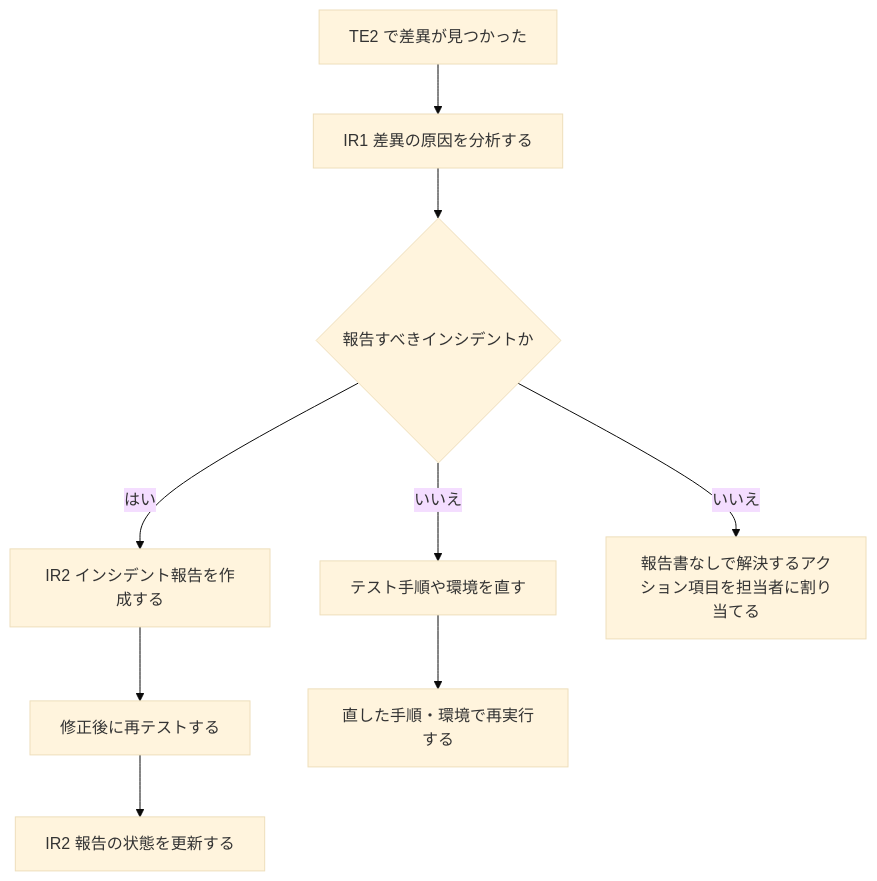
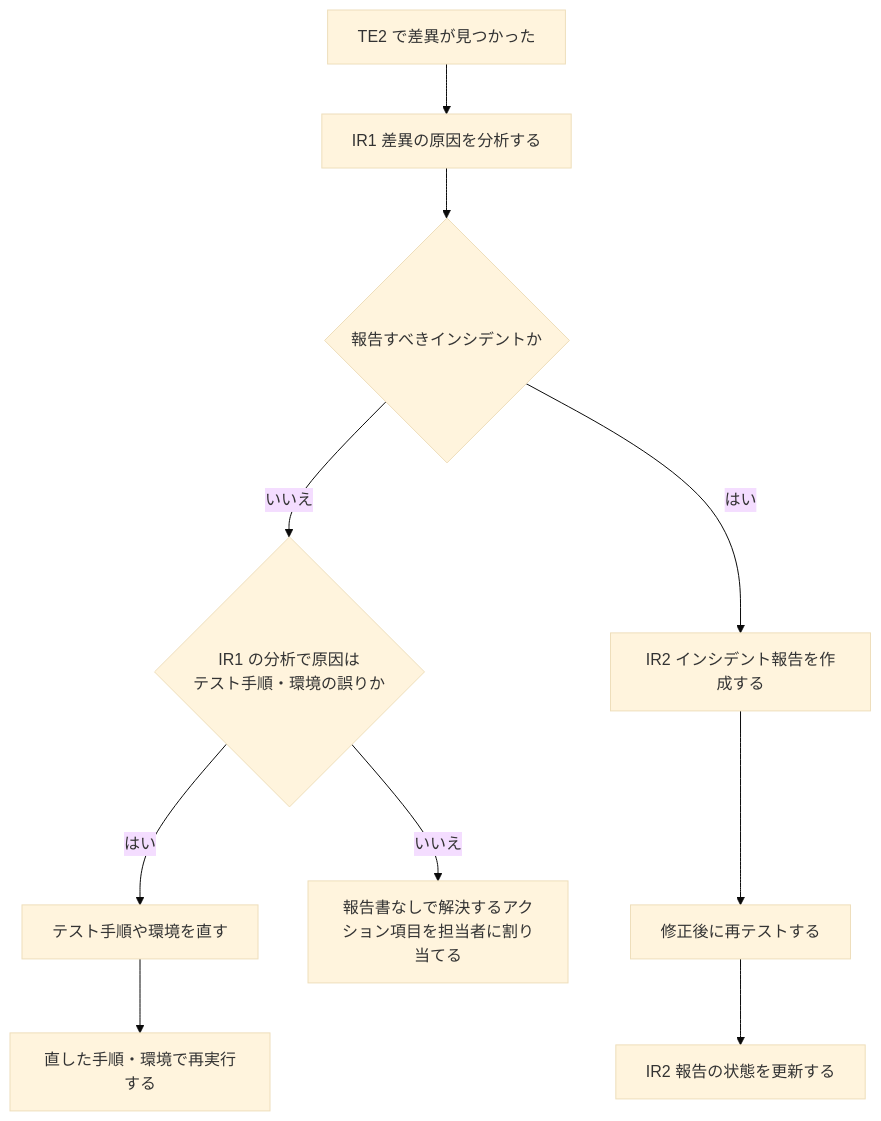
Diagram 13 of 17 in Iso-29119-2-test-processes-guide.md (myoshi2891/Quality-Assurance-Studies), drawn with Mermaid (base theme) before and after one commit. The commit also changed other lines of this file, not shown here.

Commit message:
docs(iso-29119-2): add decision node for incident cause analysis in non-report path

````diff
--- a/Iso-29119-2-test-processes-guide.md
+++ b/Iso-29119-2-test-processes-guide.md
@@ -697,20 +697,22 @@
 ```mermaid
 flowchart TD
     IC1["TE2 で差異が見つかった"]
     IC2["IR1 差異の原因を分析する"]
     IC3{"報告すべきインシデントか"}
     IC4["テスト手順や環境を直す"]
     IC5["IR2 インシデント報告を作成する"]
     IC6["修正後に再テストする"]
     IC7["IR2 報告の状態を更新する"]
     IC8["直した手順・環境で再実行する"]
     IC9["報告書なしで解決するアクション項目を担当者に割り当てる"]
+    IC10{"IR1 の分析で原因は<br/>テスト手順・環境の誤りか"}
     IC1 --> IC2
     IC2 --> IC3
-    IC3 -->|"いいえ"| IC4
-    IC3 -->|"いいえ"| IC9
+    IC3 -->|"いいえ"| IC10
+    IC10 -->|"はい"| IC4
+    IC10 -->|"いいえ"| IC9
     IC3 -->|"はい"| IC5
     IC4 --> IC8
     IC5 --> IC6
     IC6 --> IC7
 ```
````
